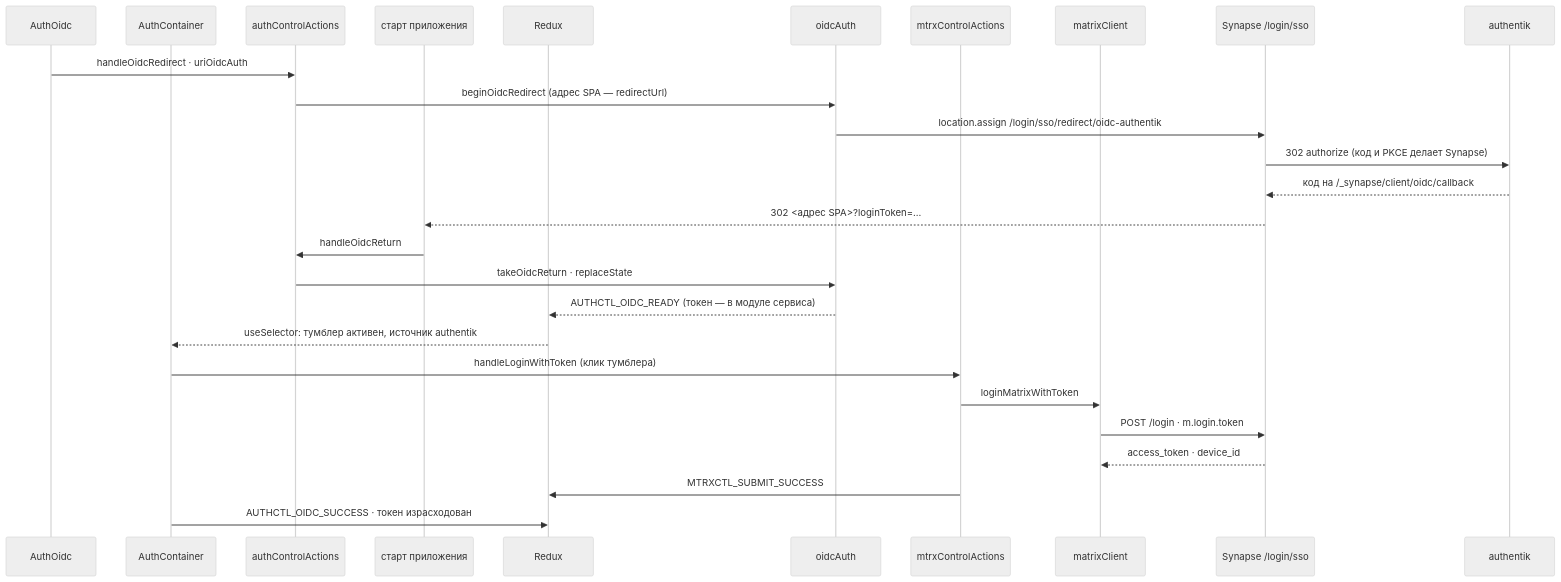
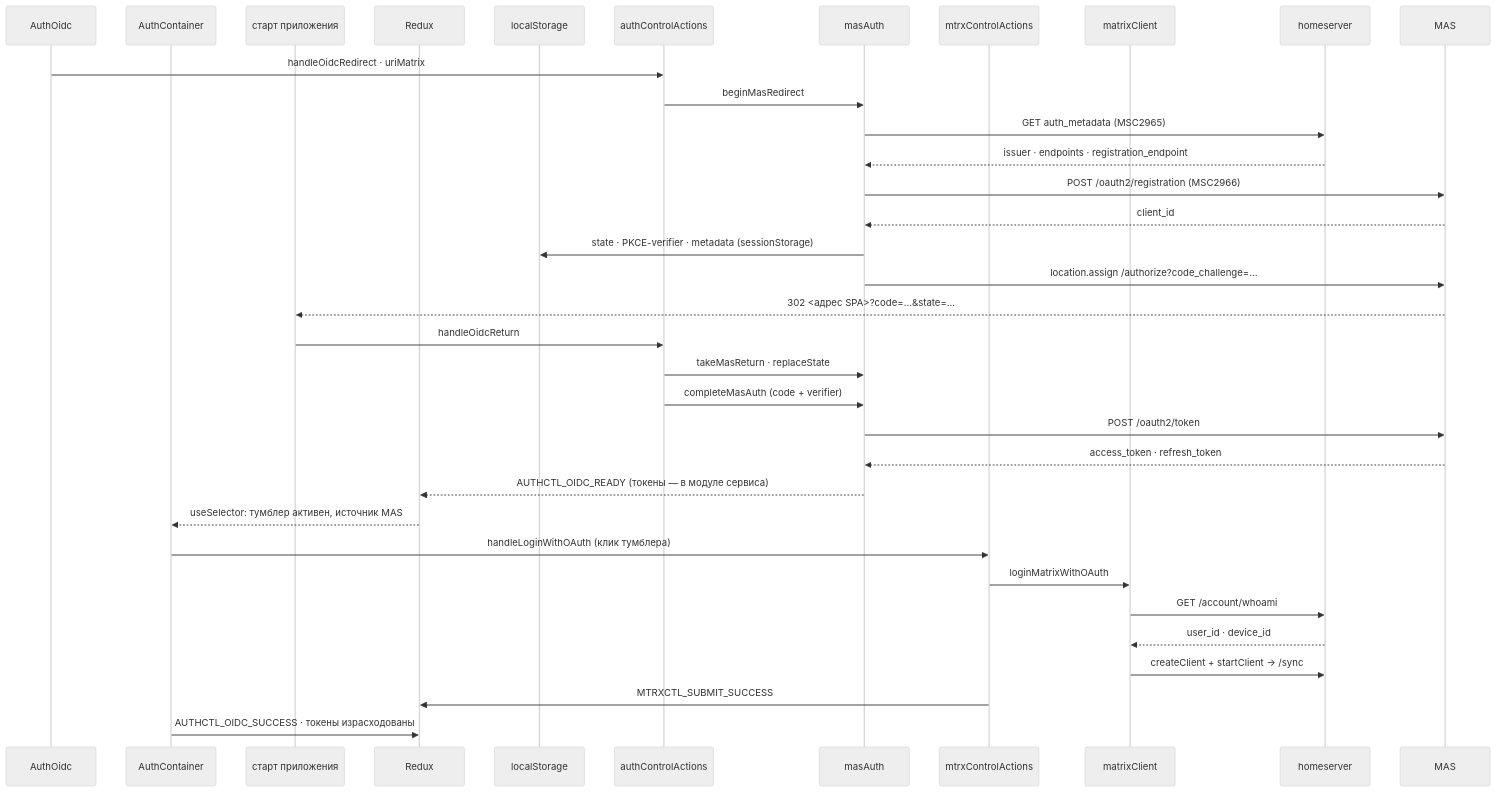
Before and after one commit to ars-anosov/matrix-react: the third of 6 diagrams in docs/STATE.md, drawn with Mermaid (neutral theme). The commit also changed other lines of this file and 34 other files, not shown here.

Commit message:
Переехал на MAS сервис для Synapse OAuth OIDC.

````diff
--- a/docs/STATE.md
+++ b/docs/STATE.md
@@ -162,29 +162,37 @@
 ```mermaid
 sequenceDiagram
   participant Form as AuthOidc
   participant Br as AuthContainer
-  participant Act as authControlActions
   participant Boot as старт приложения
   participant RX as Redux
-  participant Oidc as oidcAuth
+  participant LS as localStorage
+  participant Act as authControlActions
+  participant Mas as masAuth
   participant MAct as mtrxControlActions
   participant Cl as matrixClient
-  participant SSO as Synapse /login/sso
-  participant AK as authentik
-  Form->>Act: handleOidcRedirect · uriOidcAuth
-  Act->>Oidc: beginOidcRedirect (адрес SPA — redirectUrl)
-  Oidc->>SSO: location.assign /login/sso/redirect/oidc-authentik
-  SSO->>AK: 302 authorize (код и PKCE делает Synapse)
-  AK-->>SSO: код на /_synapse/client/oidc/callback
-  SSO-->>Boot: 302 <адрес SPA>?loginToken=…
+  participant HS as homeserver
+  participant MAS as MAS
+  Form->>Act: handleOidcRedirect · uriMatrix
+  Act->>Mas: beginMasRedirect
+  Mas->>HS: GET auth_metadata (MSC2965)
+  HS-->>Mas: issuer · endpoints · registration_endpoint
+  Mas->>MAS: POST /oauth2/registration (MSC2966)
+  MAS-->>Mas: client_id
+  Mas->>LS: state · PKCE-verifier · metadata (sessionStorage)
+  Mas->>MAS: location.assign /authorize?code_challenge=…
+  MAS-->>Boot: 302 <адрес SPA>?code=…&state=…
   Boot->>Act: handleOidcReturn
-  Act->>Oidc: takeOidcReturn · replaceState
-  Oidc-->>RX: AUTHCTL_OIDC_READY (токен — в модуле сервиса)
-  RX-->>Br: useSelector: тумблер активен, источник authentik
-  Br->>MAct: handleLoginWithToken (клик тумблера)
-  MAct->>Cl: loginMatrixWithToken
-  Cl->>SSO: POST /login · m.login.token
-  SSO-->>Cl: access_token · device_id
+  Act->>Mas: takeMasReturn · replaceState
+  Act->>Mas: completeMasAuth (code + verifier)
+  Mas->>MAS: POST /oauth2/token
+  MAS-->>Mas: access_token · refresh_token
+  Mas-->>RX: AUTHCTL_OIDC_READY (токены — в модуле сервиса)
+  RX-->>Br: useSelector: тумблер активен, источник MAS
+  Br->>MAct: handleLoginWithOAuth (клик тумблера)
+  MAct->>Cl: loginMatrixWithOAuth
+  Cl->>HS: GET /account/whoami
+  HS-->>Cl: user_id · device_id
+  Cl->>HS: createClient + startClient → /sync
   MAct->>RX: MTRXCTL_SUBMIT_SUCCESS
-  Br->>RX: AUTHCTL_OIDC_SUCCESS · токен израсходован
+  Br->>RX: AUTHCTL_OIDC_SUCCESS · токены израсходованы
 ```
````
